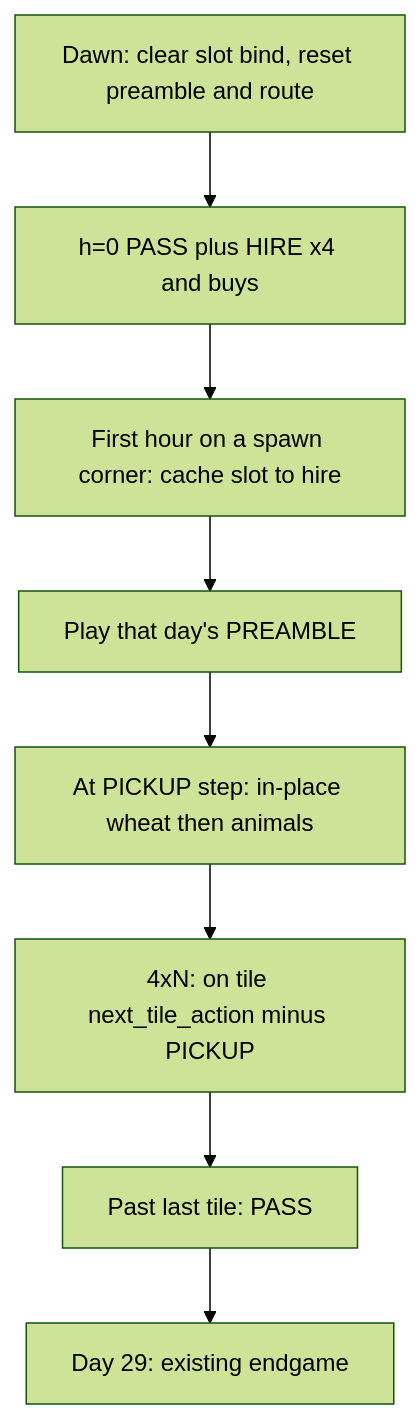
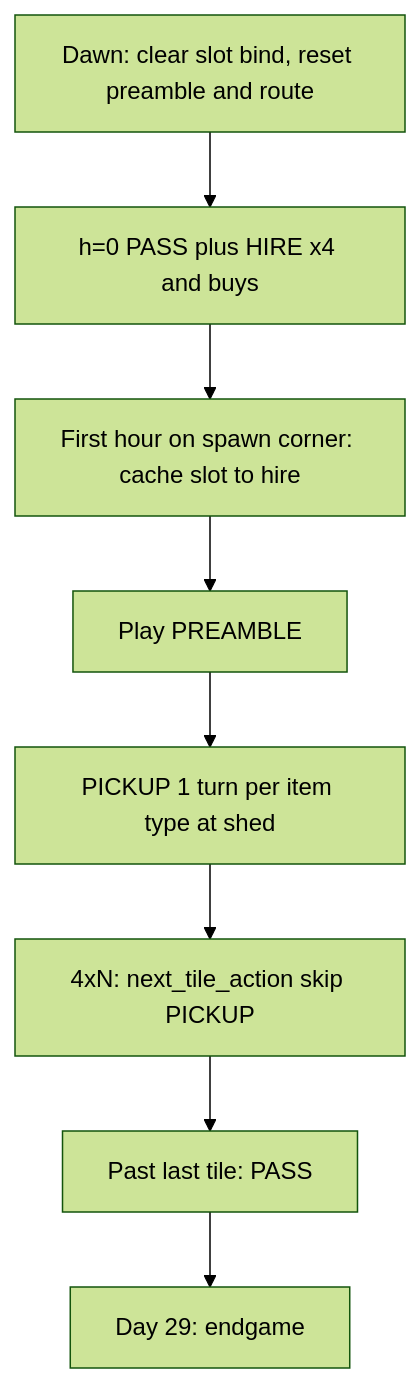
Before and after one commit to vlainic/kaggriculture: the diagram in .cursor/plans/oneland_five_zones_88b2ba06.plan.md, drawn with Mermaid (forest theme). The commit also changed other lines of this file and 12 other files, not shown here.

````diff
--- a/.cursor/plans/oneland_five_zones_88b2ba06.plan.md
+++ b/.cursor/plans/oneland_five_zones_88b2ba06.plan.md
@@ -69,13 +89,13 @@
 ```mermaid
 flowchart TD
   dawn[Dawn: clear slot bind, reset preamble and route]
   h0[h=0 PASS plus HIRE x4 and buys]
-  bind[First hour on a spawn corner: cache slot to hire]
-  pre[Play that day's PREAMBLE]
-  pick[At PICKUP step: in-place wheat then animals]
-  col[4xN: on tile next_tile_action minus PICKUP]
+  bind[First hour on spawn corner: cache slot to hire]
+  pre[Play PREAMBLE]
+  pick["PICKUP 1 turn per item type at shed"]
+  col[4xN: next_tile_action skip PICKUP]
   passE[Past last tile: PASS]
-  endg[Day 29: existing endgame]
+  endg[Day 29: endgame]
   dawn --> h0 --> bind --> pre --> pick --> col --> passE
   passE --> endg
 ```
````
